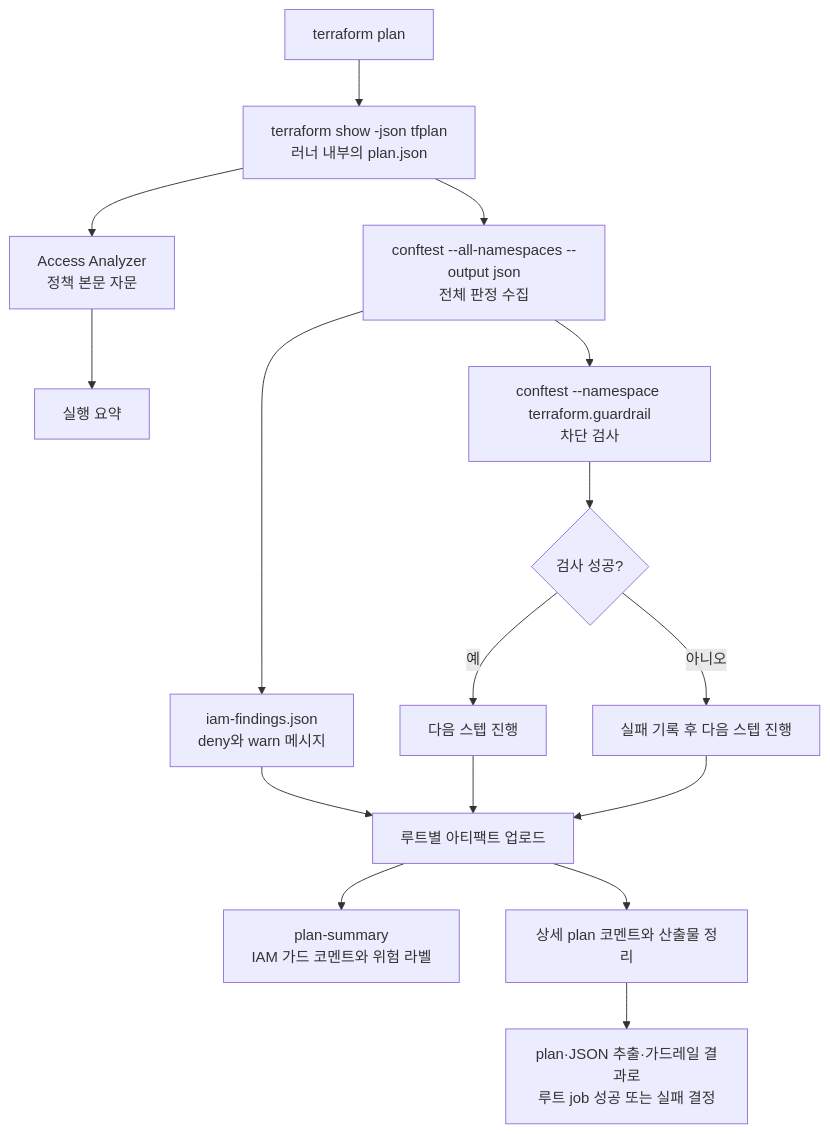
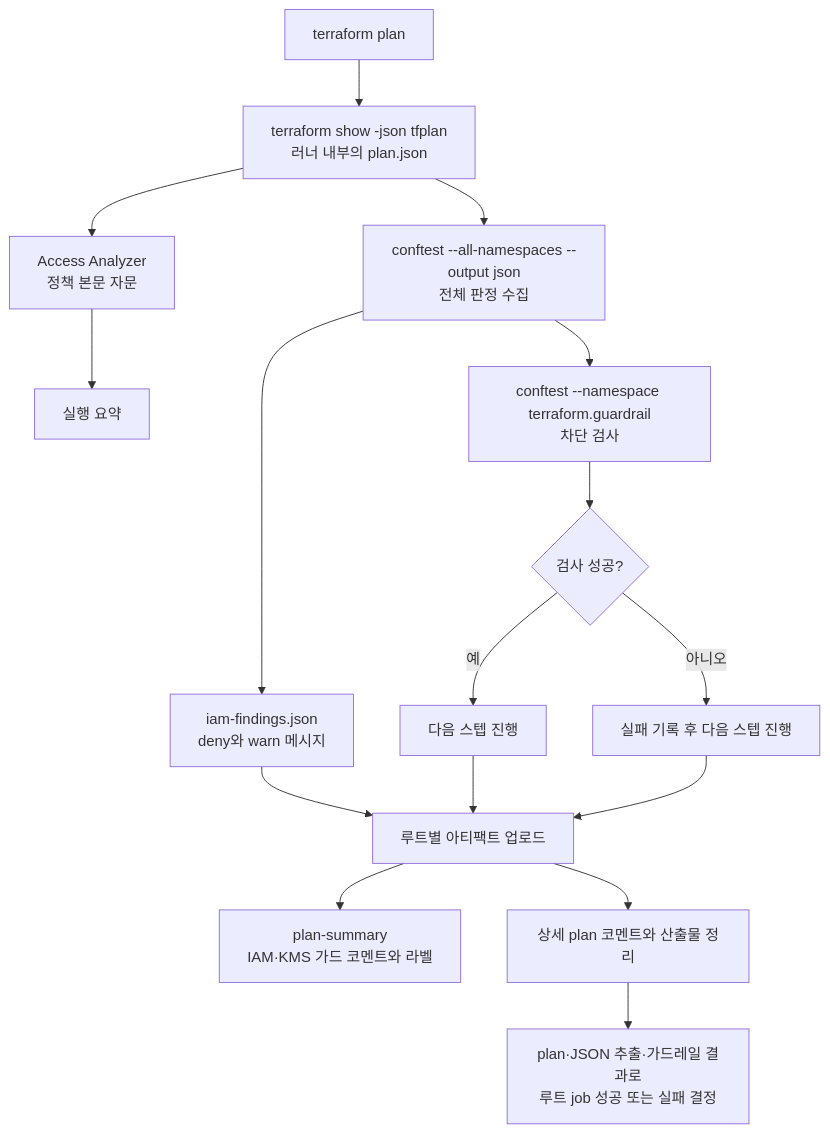
The diagram in docs/ci/rego.md (kintoun-secops/kintoun-infra), drawn with Mermaid before and after one commit. The commit also changed other lines of this file and 15 other files, not shown here.

````diff
--- a/docs/ci/rego.md
+++ b/docs/ci/rego.md
@@ -22,18 +23,18 @@
 ```mermaid
 flowchart TD
     Plan["terraform plan"] --> JSON["terraform show -json tfplan<br/>러너 내부의 plan.json"]
     JSON --> Analyzer["Access Analyzer<br/>정책 본문 자문"]
     Analyzer --> JobSummary["실행 요약"]
     JSON --> Collect["conftest --all-namespaces --output json<br/>전체 판정 수집"]
     Collect --> Findings["iam-findings.json<br/>deny와 warn 메시지"]
     Collect --> Guardrail["conftest --namespace terraform.guardrail<br/>차단 검사"]
     Guardrail --> Verdict{"검사 성공?"}
     Verdict -->|예| Pass["다음 스텝 진행"]
     Verdict -->|아니오| Deferred["실패 기록 후 다음 스텝 진행"]
     Findings --> Artifact["루트별 아티팩트 업로드"]
     Pass --> Artifact
     Deferred --> Artifact
-    Artifact --> Summary["plan-summary<br/>IAM 가드 코멘트와 위험 라벨"]
+    Artifact --> Summary["plan-summary<br/>IAM·KMS 가드 코멘트와 라벨"]
     Artifact --> Cleanup["상세 plan 코멘트와 산출물 정리"]
     Cleanup --> Finish["plan·JSON 추출·가드레일 결과로<br/>루트 job 성공 또는 실패 결정"]
 ```
````
